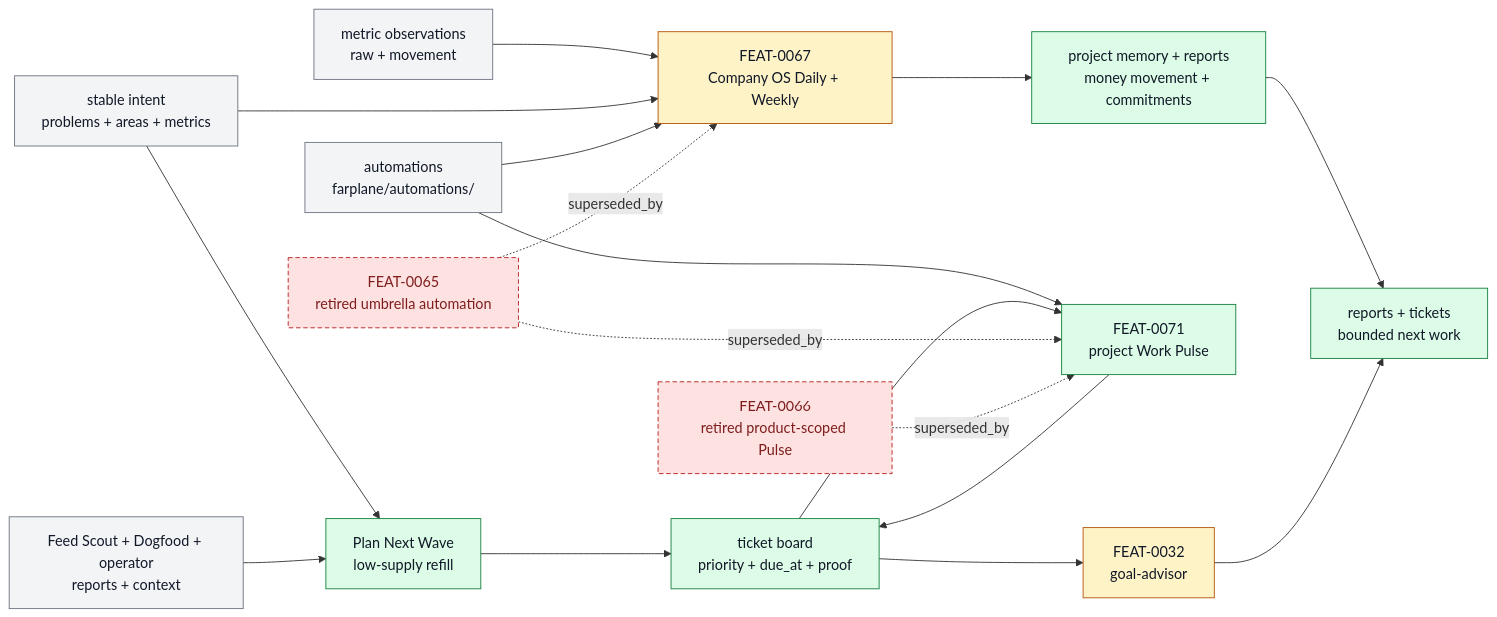
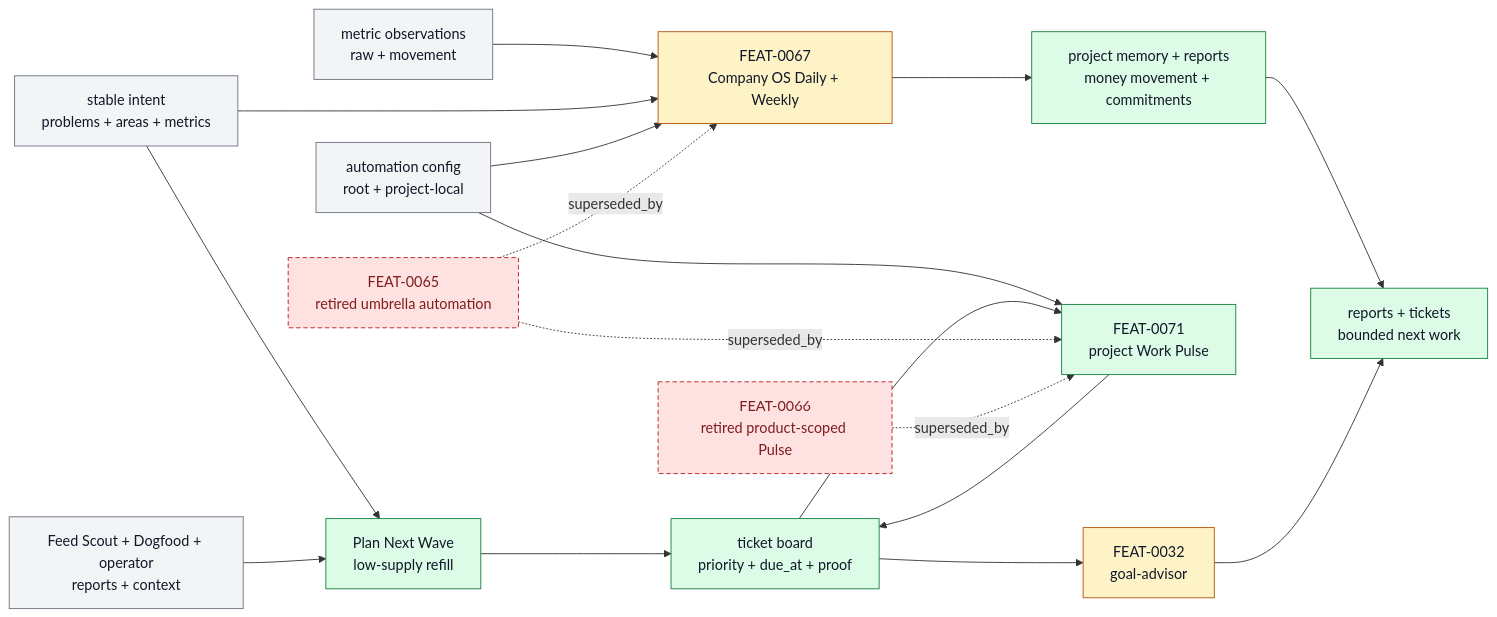
Before and after one commit to ZanarkandTechnologies/Farplane: the diagram in docs/systems/horizon-loop.md, drawn with Mermaid. The commit also changed 25 other files, not shown here.

````diff
--- a/docs/systems/horizon-loop.md
+++ b/docs/systems/horizon-loop.md
@@ -112,32 +112,32 @@
 ```mermaid
 flowchart LR
   classDef keep fill:#f3f4f6,stroke:#6b7280,color:#111827
   classDef changed fill:#fef3c7,stroke:#b45309,color:#111827
   classDef added fill:#dcfce7,stroke:#15803d,color:#111827
   classDef retired fill:#fee2e2,stroke:#b91c1c,color:#7f1d1d,stroke-dasharray: 5 3
 
   metrics["metric observations<br/>raw + movement"]:::keep
   intent["stable intent<br/>problems + areas + metrics"]:::keep
-  automations["automations<br/>farplane/automations/"]:::keep
+  automations["automation config<br/>root + project-local"]:::keep
   advisor["FEAT-0032<br/>goal-advisor"]:::changed
   pulse["FEAT-0071<br/>project Work Pulse"]:::added
   companyos["FEAT-0067<br/>Company OS Daily + Weekly"]:::changed
   memory["project memory + reports<br/>money movement + commitments"]:::added
   sources["Feed Scout + Dogfood + operator<br/>reports + context"]:::keep
   old["FEAT-0065<br/>retired umbrella automation"]:::retired
   productPulse["FEAT-0066<br/>retired product-scoped Pulse"]:::retired
   planner["Plan Next Wave<br/>low-supply refill"]:::added
   board["ticket board<br/>priority + due_at + proof"]:::added
   outputs["reports + tickets<br/>bounded next work"]:::added
 
   metrics --> companyos --> memory --> outputs
   intent --> companyos
   intent --> planner
   automations --> pulse --> board
   automations --> companyos
   sources --> planner --> board --> pulse
   board --> advisor --> outputs
   old -. "superseded_by" .-> pulse
   old -. "superseded_by" .-> companyos
   productPulse -. "superseded_by" .-> pulse
 ```
````
